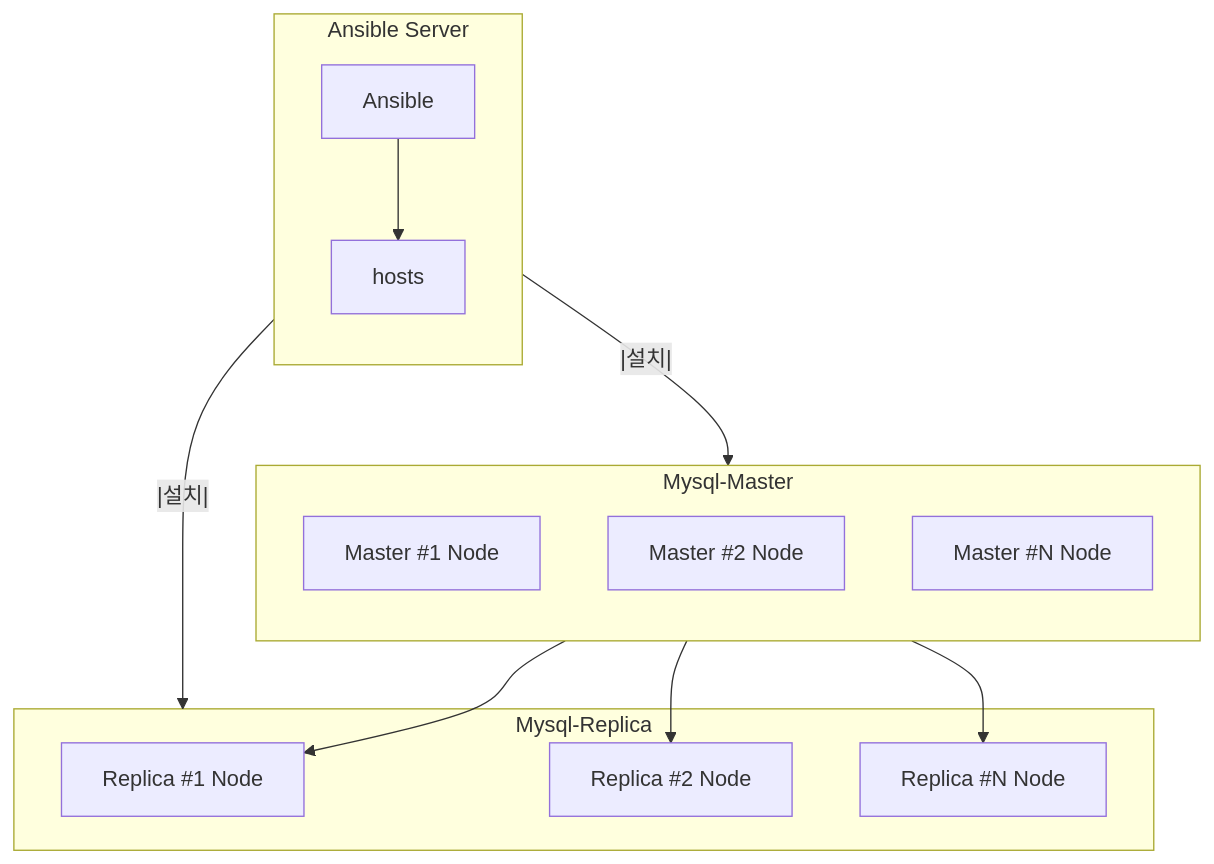
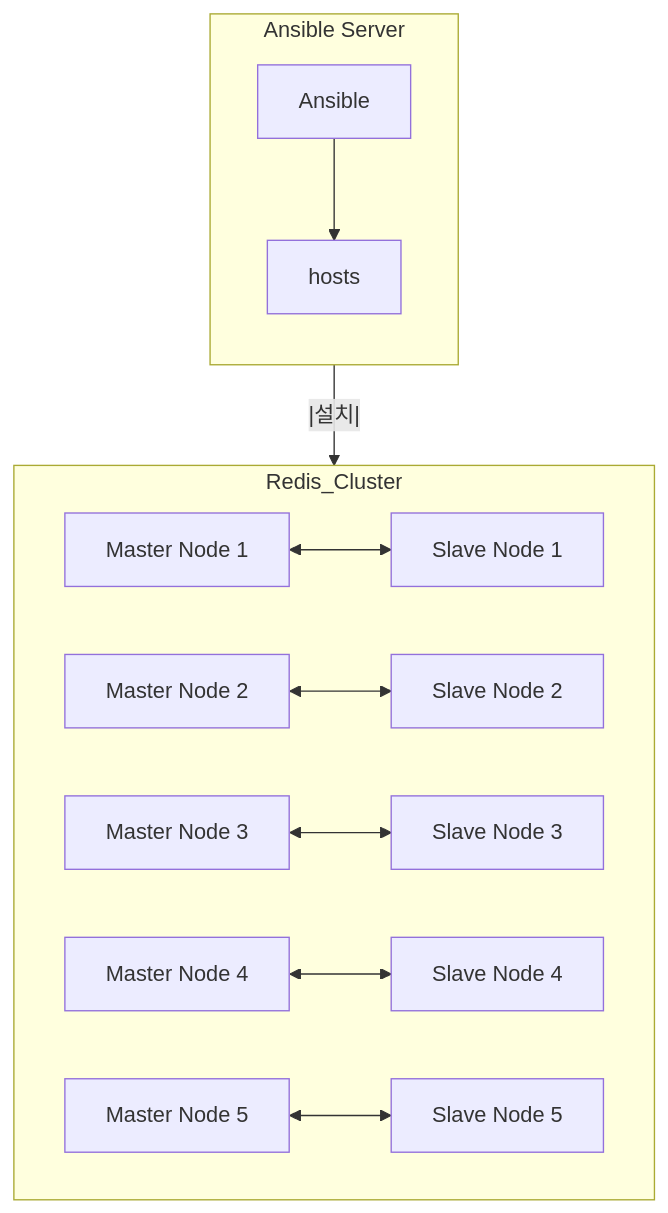
Before and after one commit to QubitSecurity/howto: the diagram in rocky9/app/redis/ansible_install/readme.md, drawn with Mermaid.

````diff
--- a/rocky9/app/redis/ansible_install/readme.md
+++ b/rocky9/app/redis/ansible_install/readme.md
@@ -35,38 +35,32 @@
 ```mermaid
 graph TD
-
     %% Define layout direction and spacing
     %% style Ansible_Server fill:#f9f,stroke:#333,stroke-width:2px,height:200px;
     %% style Zookeeper fill:#cfc,stroke:#333,stroke-width:2px;
-
-
     %% Ansible Server Section
     subgraph Ansible_Server[Ansible Server]
         direction TB
         Ansible1[Ansible]
         hosts[hosts]
         
         Ansible1 --> hosts
     end
-
-    subgraph Mysql-Master
-        direction TB
-        Master1[Master #1 Node]
-		Master2[Master #2 Node]
-		MasterN[Master #N Node]
-		
-	end
-	
-	subgraph Mysql-Replica
-        Replica1[Replica #1 Node]      
-        Replica2[Replica #2 Node]
-        ReplicaN[Replica #N Node]
+    subgraph Redis_Cluster
+        Master1[Master Node 1]
+        Slave1[Slave Node 1]
+        Master2[Master Node 2]
+        Slave2[Slave Node 2]
+        Master3[Master Node 3]
+        Slave3[Slave Node 3]
+        Master4[Master Node 4]
+        Slave4[Slave Node 4]
+        Master5[Master Node 5]
+        Slave5[Slave Node 5]
     end
-
-    hosts --|설치|-->Mysql-Master
-	hosts --|설치|-->Mysql-Replica
-
-    Master1 --> Replica1
-    Master2 --> Replica2
-    MasterN --> ReplicaN
+    hosts --|설치|-->Redis_Cluster
+    Master1 <--> Slave1
+    Master2 <--> Slave2
+    Master3 <--> Slave3
+    Master4 <--> Slave4
+    Master5 <--> Slave5
 ```
````
